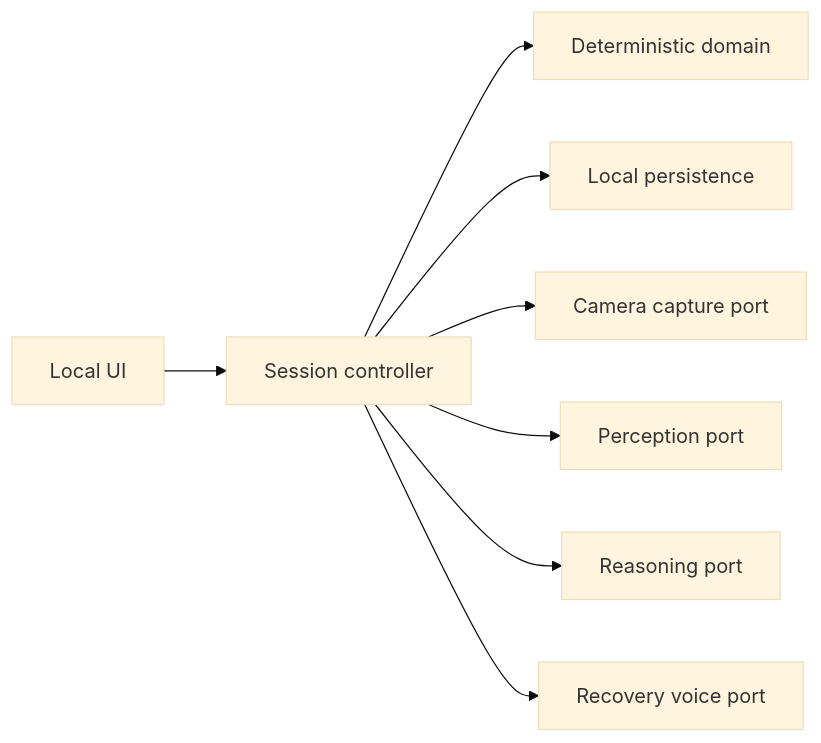
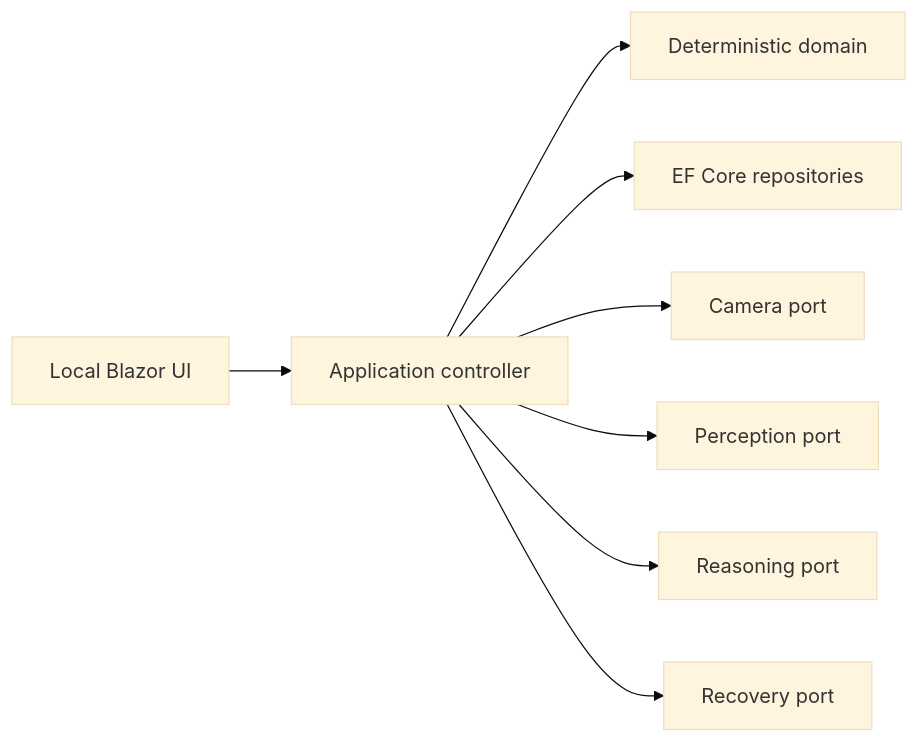
One commit to JoshChenYYC/GoalKeeper changed the first of 2 diagrams in docs/implementation-plan.md. Above: the diagram before and after it, drawn with Mermaid (base theme). The commit also changed other lines of this file and 17 other files, not shown here.

Commit message:
docs: split roadmap into assignable tasks

````diff
--- a/docs/implementation-plan.md
+++ b/docs/implementation-plan.md
@@ -56,10 +26,10 @@
 ```mermaid
 flowchart LR
-    UI["Local UI"] --> Controller["Session controller"]
+    UI["Local Blazor UI"] --> Controller["Application controller"]
     Controller --> Domain["Deterministic domain"]
-    Controller --> Store["Local persistence"]
-    Controller --> Capture["Camera capture port"]
+    Controller --> Store["EF Core repositories"]
+    Controller --> Capture["Camera port"]
     Controller --> Perception["Perception port"]
     Controller --> Reasoning["Reasoning port"]
-    Controller --> Recovery["Recovery voice port"]
+    Controller --> Recovery["Recovery port"]
 ```
````
